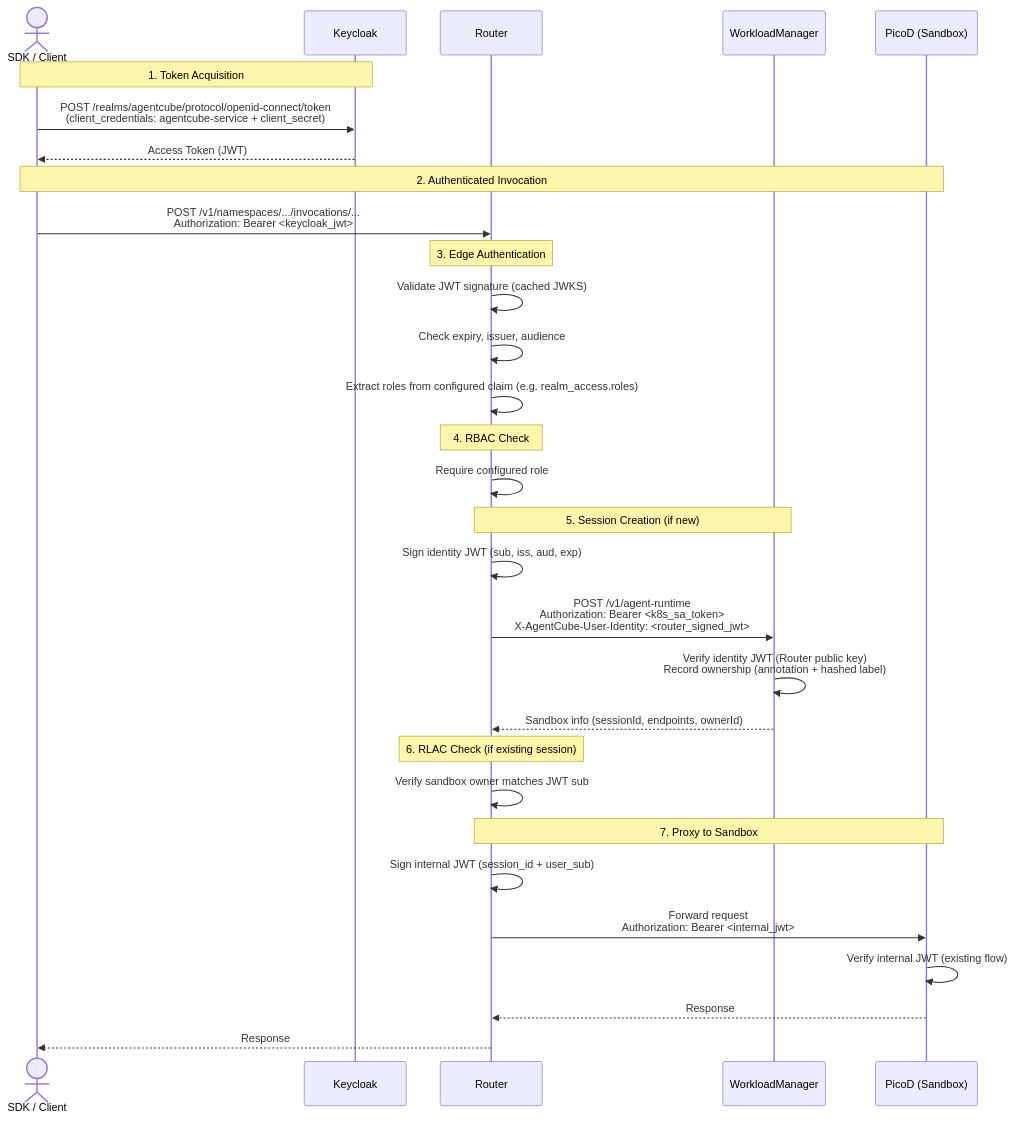
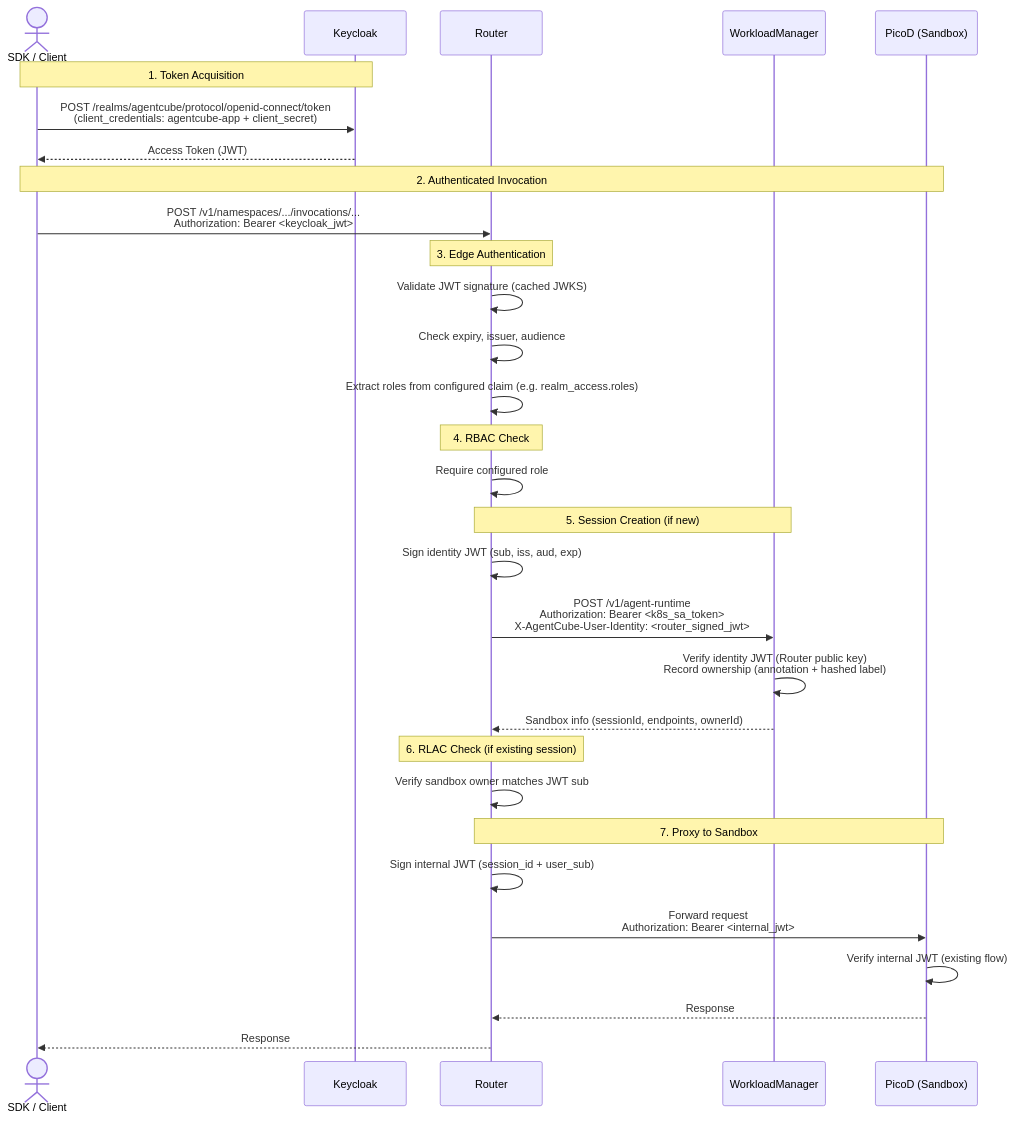
Before and after one commit to volcano-sh/agentcube: the diagram in docs/design/keycloak-proposal.md, drawn with Mermaid. The commit also changed other lines of this file and 12 other files, not shown here.

````diff
--- a/docs/design/keycloak-proposal.md
+++ b/docs/design/keycloak-proposal.md
@@ -22,39 +22,39 @@
 ```mermaid
 sequenceDiagram
     actor SDK as SDK / Client
     participant KC as Keycloak
     participant Router as Router
     participant WM as WorkloadManager
     participant PicoD as PicoD (Sandbox)
 
     Note over SDK, KC: 1. Token Acquisition
-    SDK->>KC: POST /realms/agentcube/protocol/openid-connect/token<br/>(client_credentials: agentcube-service + client_secret)
+    SDK->>KC: POST /realms/agentcube/protocol/openid-connect/token<br/>(client_credentials: agentcube-app + client_secret)
     KC-->>SDK: Access Token (JWT)
 
     Note over SDK, PicoD: 2. Authenticated Invocation
     SDK->>Router: POST /v1/namespaces/.../invocations/...<br/>Authorization: Bearer <keycloak_jwt>
 
     Note over Router: 3. Edge Authentication
     Router->>Router: Validate JWT signature (cached JWKS)
     Router->>Router: Check expiry, issuer, audience
     Router->>Router: Extract roles from configured claim (e.g. realm_access.roles)
 
     Note over Router: 4. RBAC Check
     Router->>Router: Require configured role
 
     Note over Router, WM: 5. Session Creation (if new)
     Router->>Router: Sign identity JWT (sub, iss, aud, exp)
     Router->>WM: POST /v1/agent-runtime<br/>Authorization: Bearer <k8s_sa_token><br/>X-AgentCube-User-Identity: <router_signed_jwt>
     WM->>WM: Verify identity JWT (Router public key)<br/>Record ownership (annotation + hashed label)
     WM-->>Router: Sandbox info (sessionId, endpoints, ownerId)
 
     Note over Router: 6. RLAC Check (if existing session)
     Router->>Router: Verify sandbox owner matches JWT sub
 
     Note over Router, PicoD: 7. Proxy to Sandbox
     Router->>Router: Sign internal JWT (session_id + user_sub)
     Router->>PicoD: Forward request<br/>Authorization: Bearer <internal_jwt>
     PicoD->>PicoD: Verify internal JWT (existing flow)
     PicoD-->>Router: Response
     Router-->>SDK: Response
 ```
````
